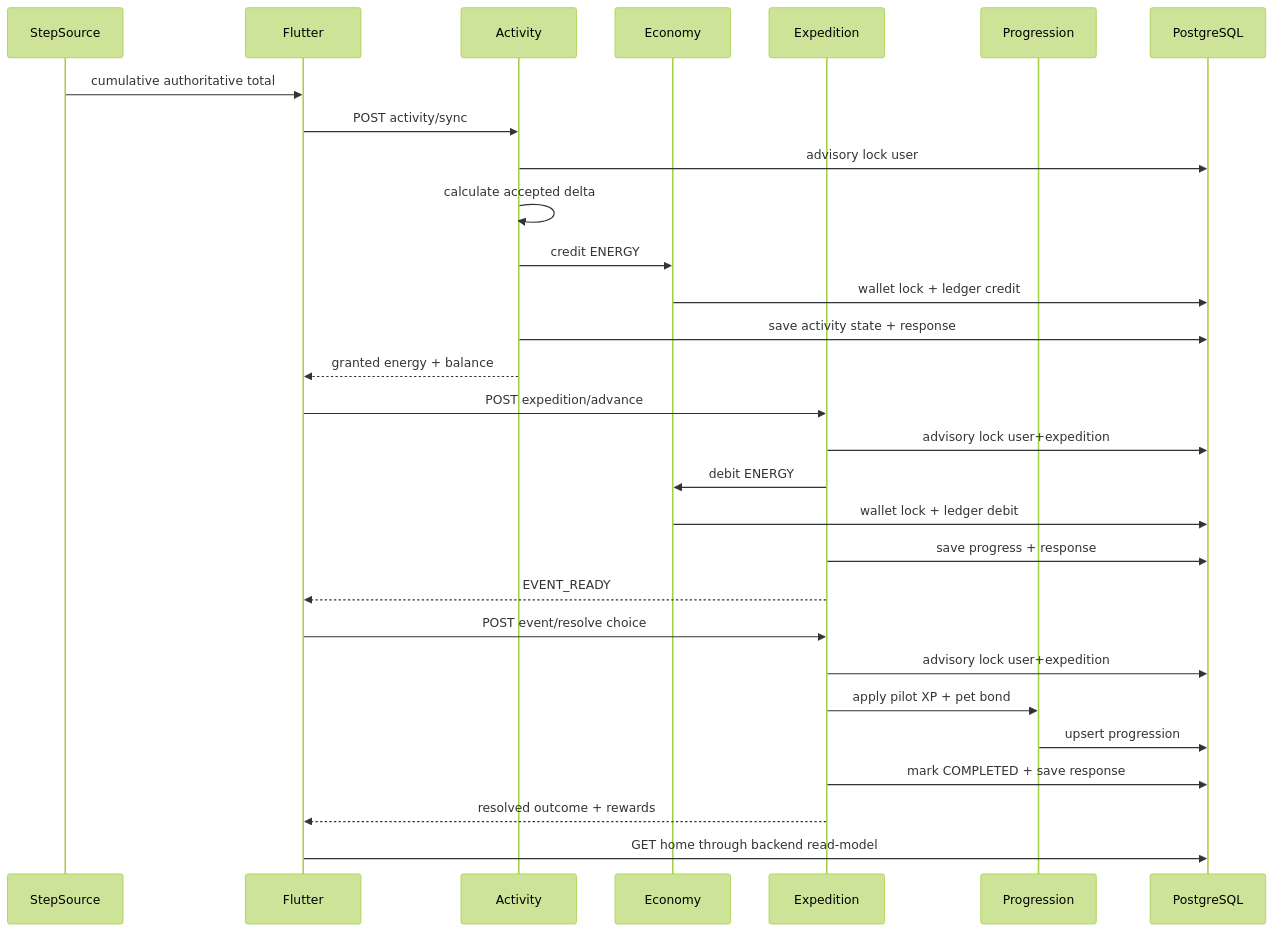
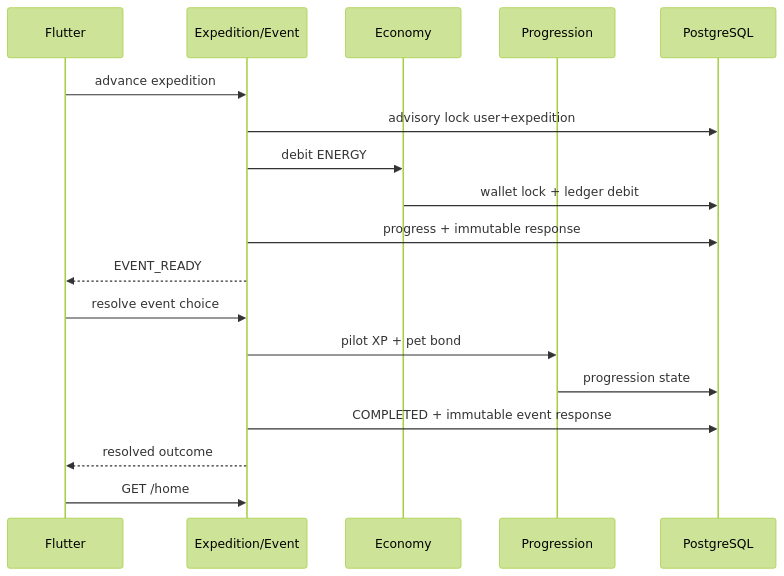
The second of 2 diagrams in docs/ARCHITECTURE.md (MKSEgr/walking-rpg), drawn with Mermaid (forest theme) before and after one commit. The commit also changed other lines of this file and 101 other files, not shown here.

````diff
--- a/docs/ARCHITECTURE.md
+++ b/docs/ARCHITECTURE.md
@@ -37,35 +78,21 @@
 ```mermaid
 sequenceDiagram
-    participant S as StepSource
     participant M as Flutter
-    participant A as Activity
+    participant X as Expedition/Event
     participant E as Economy
-    participant X as Expedition
     participant P as Progression
     participant D as PostgreSQL
 
-    S->>M: cumulative authoritative total
-    M->>A: POST activity/sync
-    A->>D: advisory lock user
-    A->>A: calculate accepted delta
-    A->>E: credit ENERGY
-    E->>D: wallet lock + ledger credit
-    A->>D: save activity state + response
-    A-->>M: granted energy + balance
-
-    M->>X: POST expedition/advance
+    M->>X: advance expedition
     X->>D: advisory lock user+expedition
     X->>E: debit ENERGY
     E->>D: wallet lock + ledger debit
-    X->>D: save progress + response
+    X->>D: progress + immutable response
     X-->>M: EVENT_READY
-
-    M->>X: POST event/resolve choice
-    X->>D: advisory lock user+expedition
-    X->>P: apply pilot XP + pet bond
-    P->>D: upsert progression
-    X->>D: mark COMPLETED + save response
-    X-->>M: resolved outcome + rewards
-
-    M->>D: GET home through backend read-model
+    M->>X: resolve event choice
+    X->>P: pilot XP + pet bond
+    P->>D: progression state
+    X->>D: COMPLETED + immutable event response
+    X-->>M: resolved outcome
+    M->>X: GET /home
 ```
````
